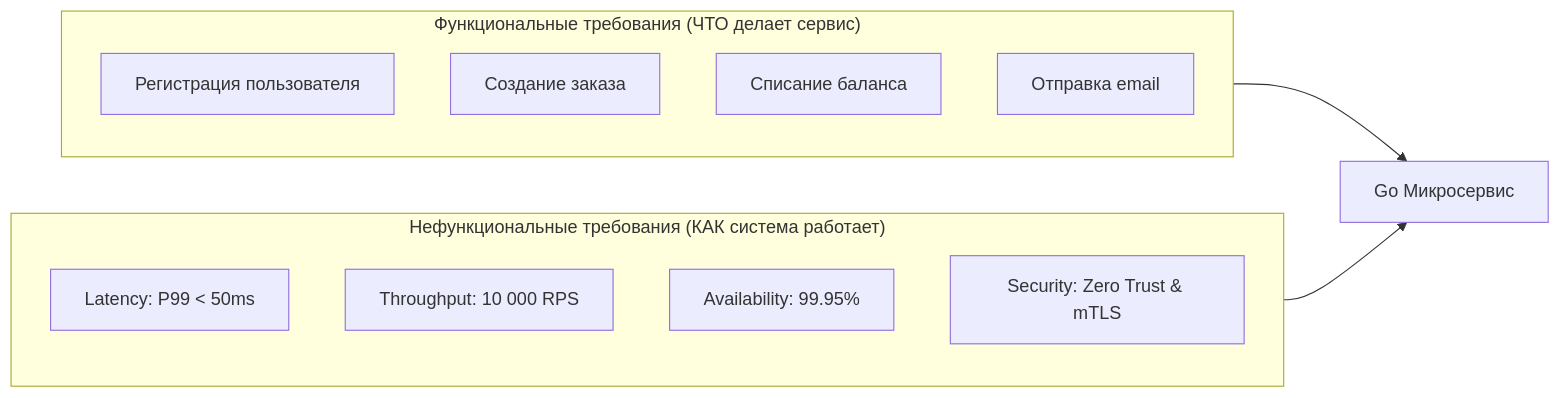
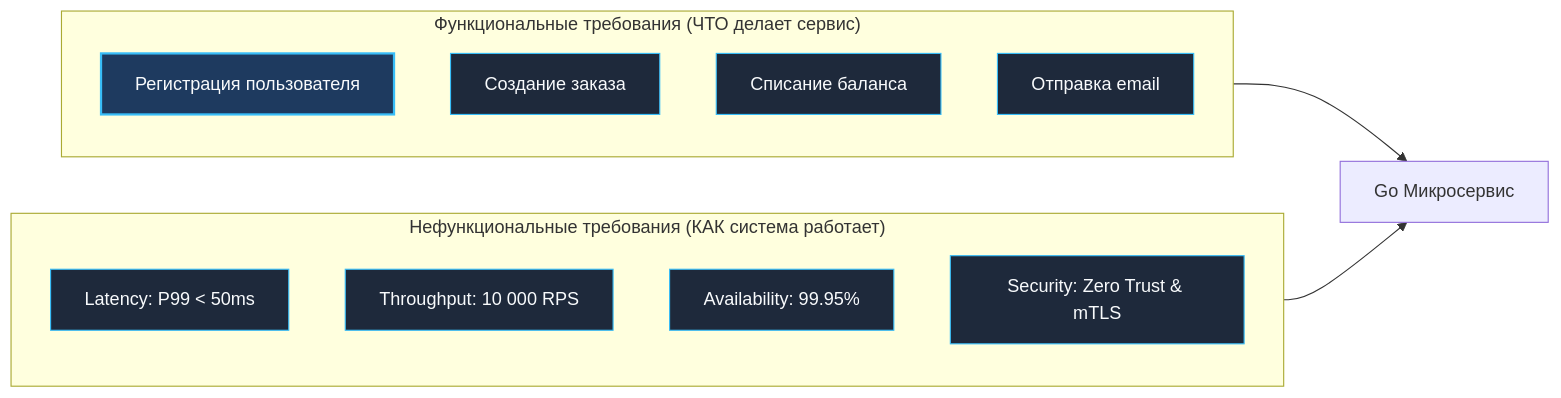
The first of 2 diagrams in sources/11. Архитектура и System Design/3. Функциональные и нефункциональные требования.md (UnrealTemplier/go-textbook), drawn with Mermaid before and after one commit. The commit also changed other lines of this file and 1666 other files, not shown here.

First line of the commit message:
feat(mermaid): add semantic color classDef to 1369 colorless flowchart/graph diagrams

````diff
--- a/sources/11. Архитектура и System Design/3. Функциональные и нефункциональные требования.md
+++ b/sources/11. Архитектура и System Design/3. Функциональные и нефункциональные требования.md
@@ -21,19 +21,29 @@
 ```mermaid
 flowchart LR
+    classDef process  fill:#1e293b,stroke:#38bdf8,stroke-width:1px,color:#f8fafc
+    classDef success  fill:#064e3b,stroke:#34d399,stroke-width:1px,color:#f8fafc
+    classDef error    fill:#7f1d1d,stroke:#f87171,stroke-width:1px,color:#f8fafc
+    classDef warning  fill:#78350f,stroke:#fbbf24,stroke-width:1px,color:#f8fafc
+    classDef entry    fill:#1e3a5f,stroke:#38bdf8,stroke-width:2px,color:#f8fafc
+    classDef aux      fill:#334155,stroke:#64748b,stroke-width:1px,color:#f8fafc
+    classDef system   fill:#312e81,stroke:#a78bfa,stroke-width:1px,color:#f8fafc
+    classDef data     fill:#132d29,stroke:#2dd4bf,stroke-width:1px,color:#f8fafc
+    classDef network  fill:#881337,stroke:#fb7185,stroke-width:1px,color:#f8fafc
+    classDef accent   fill:#1e1b4b,stroke:#818cf8,stroke-width:1px,color:#f8fafc
     subgraph Functional["Функциональные требования (ЧТО делает сервис)"]
-        F1["Регистрация пользователя"]
-        F2["Создание заказа"]
-        F3["Списание баланса"]
-        F4["Отправка email"]
+        F1["Регистрация пользователя"]:::entry
+        F2["Создание заказа"]:::process
+        F3["Списание баланса"]:::process
+        F4["Отправка email"]:::process
     end
 
     subgraph NonFunctional["Нефункциональные требования (КАК система работает)"]
-        NF1["Latency: P99 < 50ms"]
-        NF2["Throughput: 10 000 RPS"]
-        NF3["Availability: 99.95%"]
-        NF4["Security: Zero Trust & mTLS"]
+        NF1["Latency: P99 < 50ms"]:::process
+        NF2["Throughput: 10 000 RPS"]:::process
+        NF3["Availability: 99.95%"]:::process
+        NF4["Security: Zero Trust & mTLS"]:::process
     end
 
     Functional --> Service["Go Микросервис"]
     NonFunctional --> Service
 ```
````
